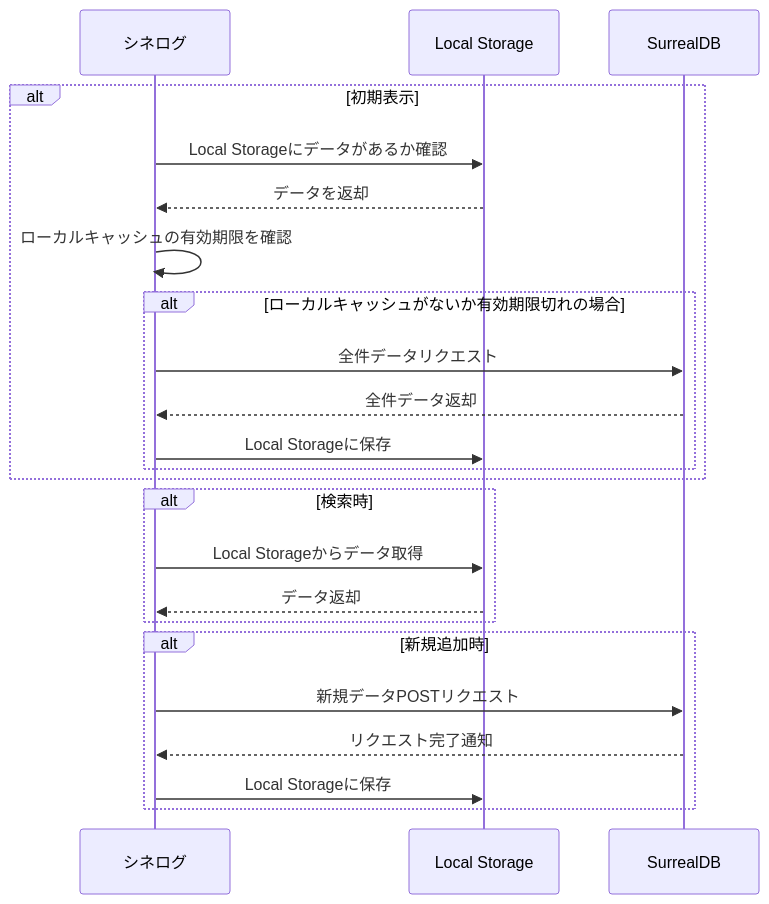
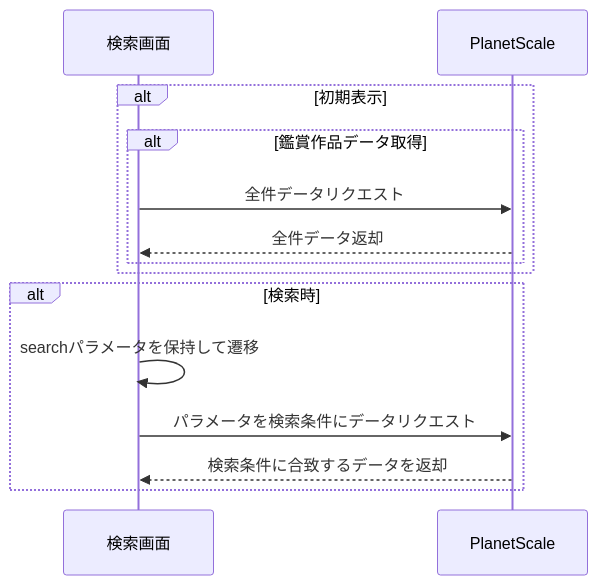
The fourth of 6 diagrams in README.md (windchime-yk/cinelog), drawn with Mermaid before and after one commit. The commit also changed other lines of this file, not shown here.

````diff
--- a/README.md
+++ b/README.md
@@ -15,28 +59,18 @@
-```mermaid
+``` mermaid
 sequenceDiagram
-  participant app as シネログ
-  participant cache as Local Storage
-  participant db as SurrealDB
+  participant app as 検索画面
+  participant db as PlanetScale
 
   alt 初期表示
-    app ->> cache : Local Storageにデータがあるか確認
-    cache -->> app : データを返却
-    app ->> app : ローカルキャッシュの有効期限を確認
-    alt ローカルキャッシュがないか有効期限切れの場合
+    alt 鑑賞作品データ取得
       app ->> db : 全件データリクエスト
       db -->> app : 全件データ返却
-      app ->> cache : Local Storageに保存
     end
   end
 
   alt 検索時
-    app ->> cache : Local Storageからデータ取得
-    cache -->> app : データ返却
-  end
-
-  alt 新規追加時
-    app ->> db : 新規データPOSTリクエスト
-    db -->> app : リクエスト完了通知
-    app ->> cache : Local Storageに保存
+    app ->> app : searchパラメータを保持して遷移
+    app ->> db : パラメータを検索条件にデータリクエスト
+    db -->> app : 検索条件に合致するデータを返却
   end
 ```
````
